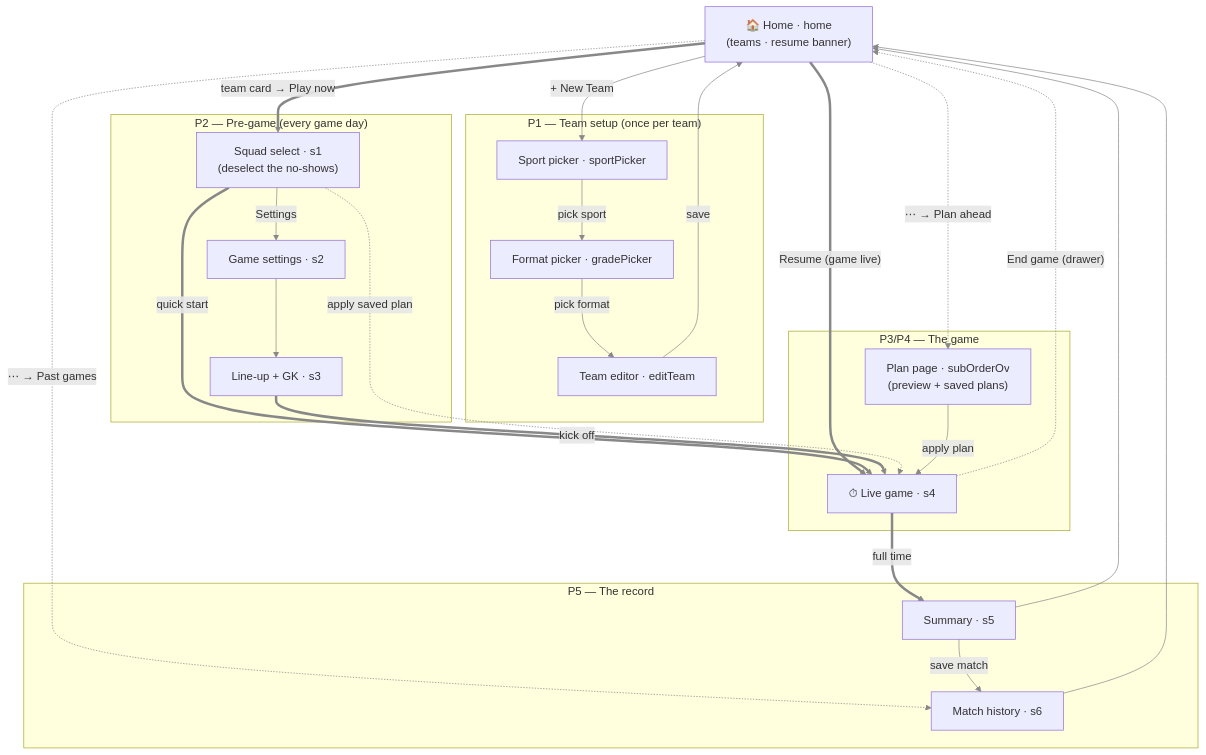
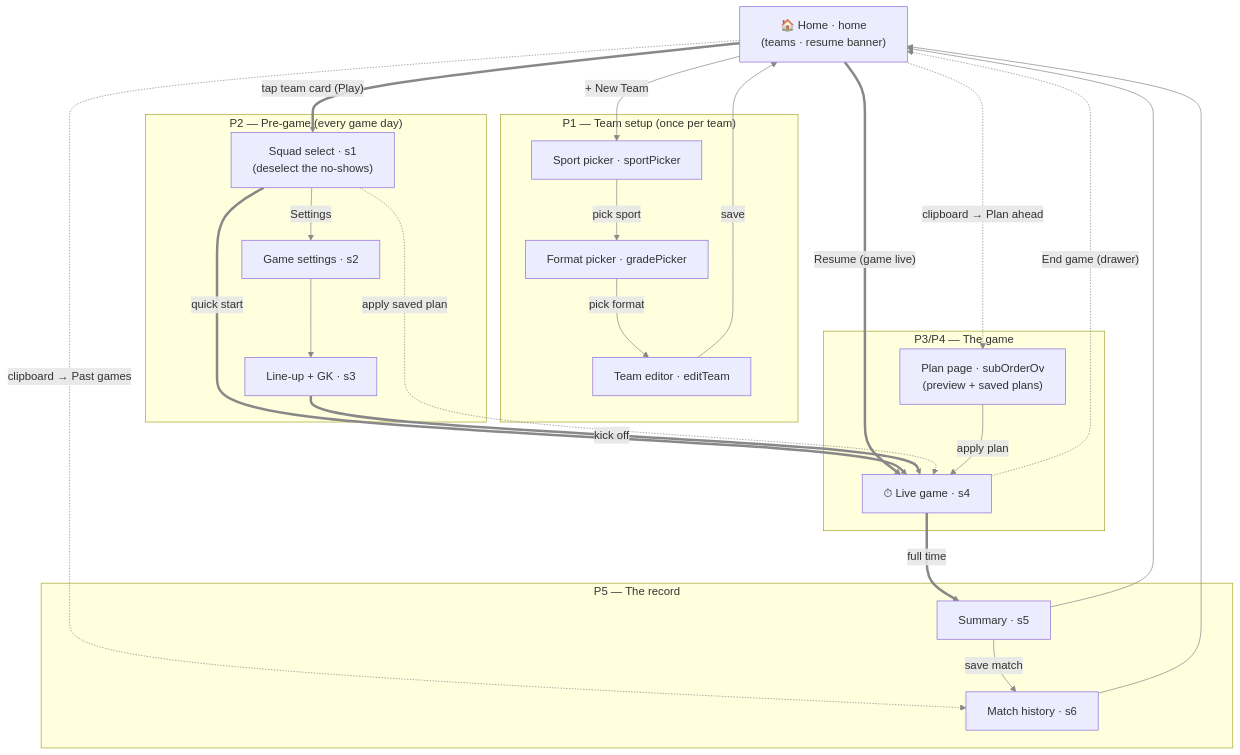
Before and after one commit to PettetArchitects/OSKIMOO_sub-timer: the first of 3 diagrams in docs/FLOW.md, drawn with Mermaid. The commit also changed 7 other files, not shown here.

First line of the commit message:
Play mode 5: Home is the Plan/Play fork (v2.9.12-beta) (#36)

````diff
--- a/docs/FLOW.md
+++ b/docs/FLOW.md
@@ -7,53 +7,53 @@
 ```mermaid
 flowchart TD
     home["🏠 Home · home<br/>(teams · resume banner)"]
 
     subgraph setup ["P1 — Team setup (once per team)"]
         sportPicker["Sport picker · sportPicker"]
         gradePicker["Format picker · gradePicker"]
         editTeam["Team editor · editTeam"]
     end
 
     subgraph pregame ["P2 — Pre-game (every game day)"]
         s1["Squad select · s1<br/>(deselect the no-shows)"]
         s2["Game settings · s2"]
         s3["Line-up + GK · s3"]
     end
 
     subgraph game ["P3/P4 — The game"]
         s4["⏱ Live game · s4"]
         subOrderOv["Plan page · subOrderOv<br/>(preview + saved plans)"]
     end
 
     subgraph record ["P5 — The record"]
         s5["Summary · s5"]
         s6["Match history · s6"]
     end
 
     home -->|"+ New Team"| sportPicker
     sportPicker -->|"pick sport"| gradePicker
     gradePicker -->|"pick format"| editTeam
     editTeam -->|"save"| home
 
-    home ==>|"team card → Play now"| s1
-    home -.->|"⋯ → Past games"| s6
-    home -.->|"⋯ → Plan ahead"| subOrderOv
+    home ==>|"tap team card (Play)"| s1
+    home -.->|"clipboard → Past games"| s6
+    home -.->|"clipboard → Plan ahead"| subOrderOv
     home ==>|"Resume (game live)"| s4
 
     s1 -->|"Settings"| s2
     s2 --> s3
     s1 ==>|"quick start"| s4
     s3 ==>|"kick off"| s4
     s1 -.->|"apply saved plan"| s4
 
     subOrderOv -->|"apply plan"| s4
 
     s4 ==>|"full time"| s5
     s5 -->|"save match"| s6
     s5 --> home
     s6 --> home
 
     s4 -.->|"End game (drawer)"| home
 
     linkStyle default stroke:#888
 ```
````
